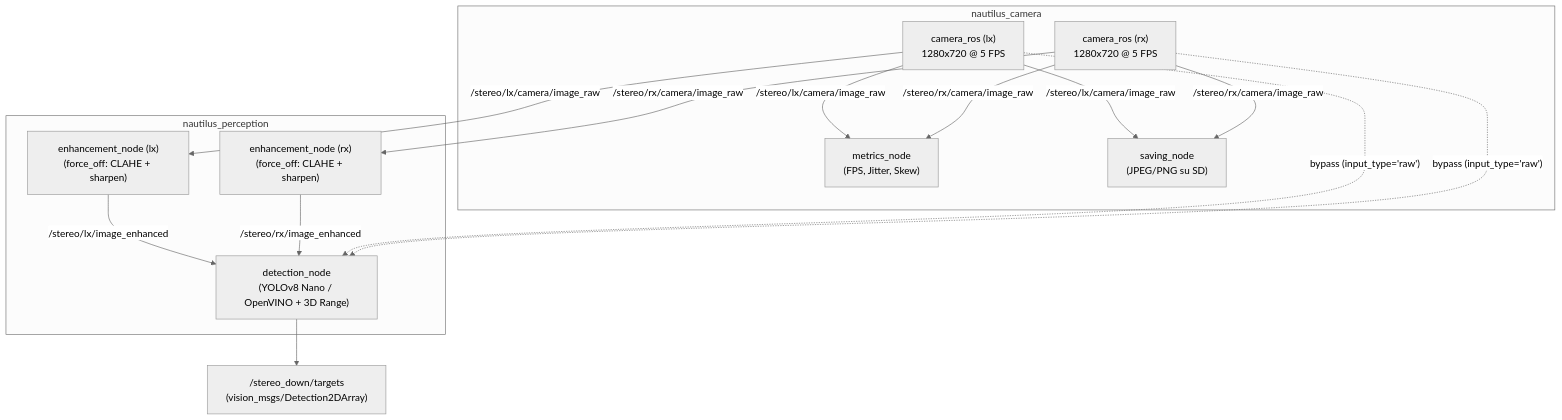
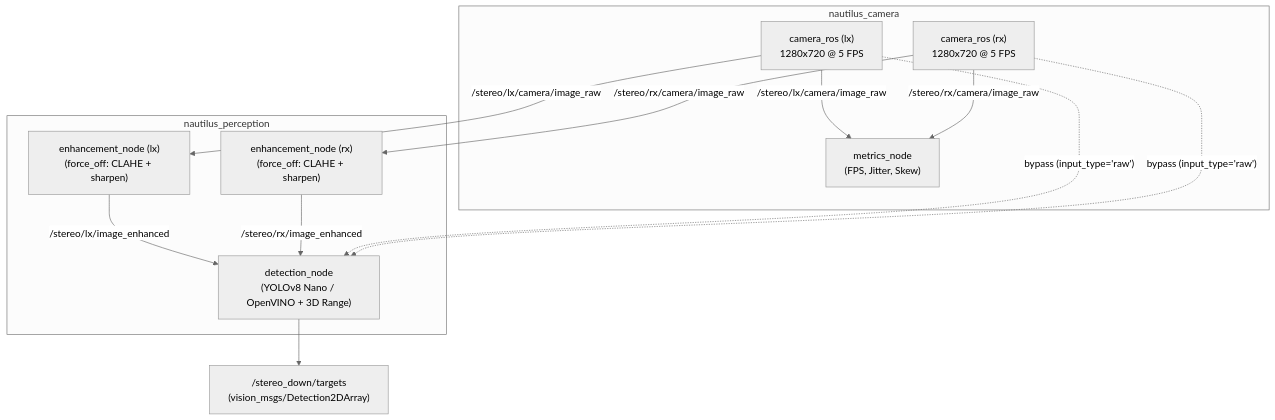
One commit to alessiomodonesi/nautilus-vision-pipeline changed the diagram in README.md. Above: the diagram before and after it, drawn with Mermaid (neutral theme). The commit also changed other lines of this file and 1 other file, not shown here.

````diff
--- a/README.md
+++ b/README.md
@@ -74,32 +83,28 @@
 ```mermaid
 flowchart TD
     subgraph PkgCam ["nautilus_camera"]
         DriverLX["camera_ros (lx)\n1280x720 @ 5 FPS"]
         DriverRX["camera_ros (rx)\n1280x720 @ 5 FPS"]
         Metrics["metrics_node\n(FPS, Jitter, Skew)"]
-        Saving["saving_node\n(JPEG/PNG su SD)"]
     end
 
     subgraph PkgPerc ["nautilus_perception"]
         EnhLX["enhancement_node (lx)\n(force_off: CLAHE + sharpen)"]
         EnhRX["enhancement_node (rx)\n(force_off: CLAHE + sharpen)"]
         Detect["detection_node\n(YOLOv8 Nano / OpenVINO + 3D Range)"]
     end
 
     DriverLX -->|/stereo/lx/camera/image_raw| Metrics
     DriverRX -->|/stereo/rx/camera/image_raw| Metrics
-
-    DriverLX -->|/stereo/lx/camera/image_raw| Saving
-    DriverRX -->|/stereo/rx/camera/image_raw| Saving
 
     DriverLX -->|/stereo/lx/camera/image_raw| EnhLX
     DriverRX -->|/stereo/rx/camera/image_raw| EnhRX
 
     EnhLX -->|/stereo/lx/image_enhanced| Detect
     EnhRX -->|/stereo/rx/image_enhanced| Detect
 
     DriverLX -.->|"bypass (input_type='raw')"| Detect
     DriverRX -.->|"bypass (input_type='raw')"| Detect
 
     Detect --> TargetOut["/stereo_down/targets\n(vision_msgs/Detection2DArray)"]
 ```
````
